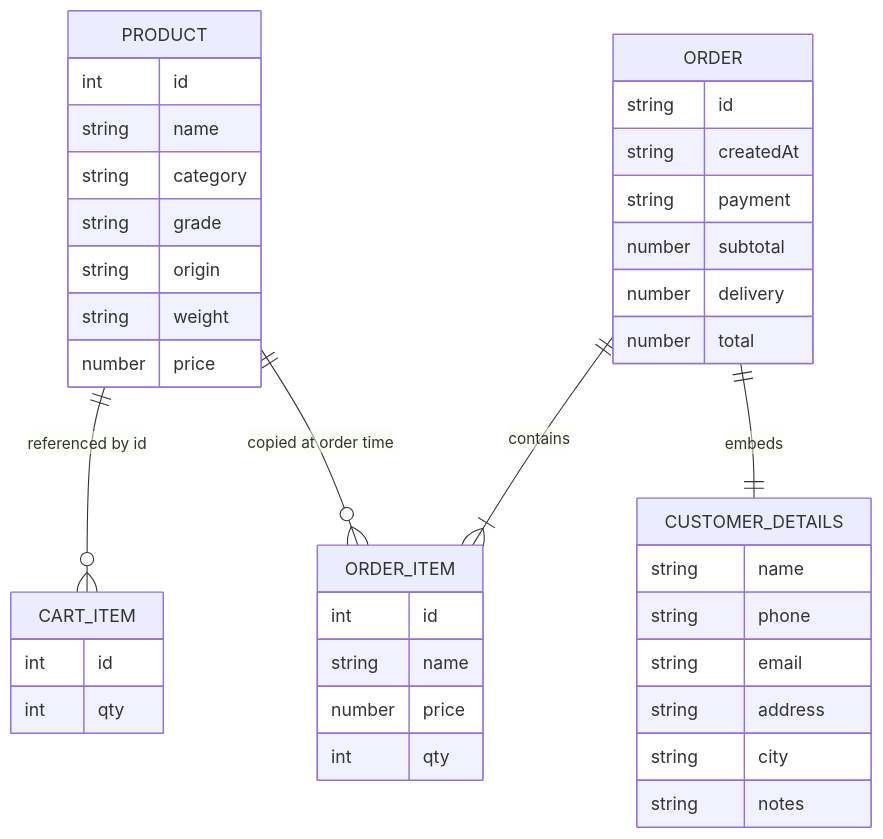
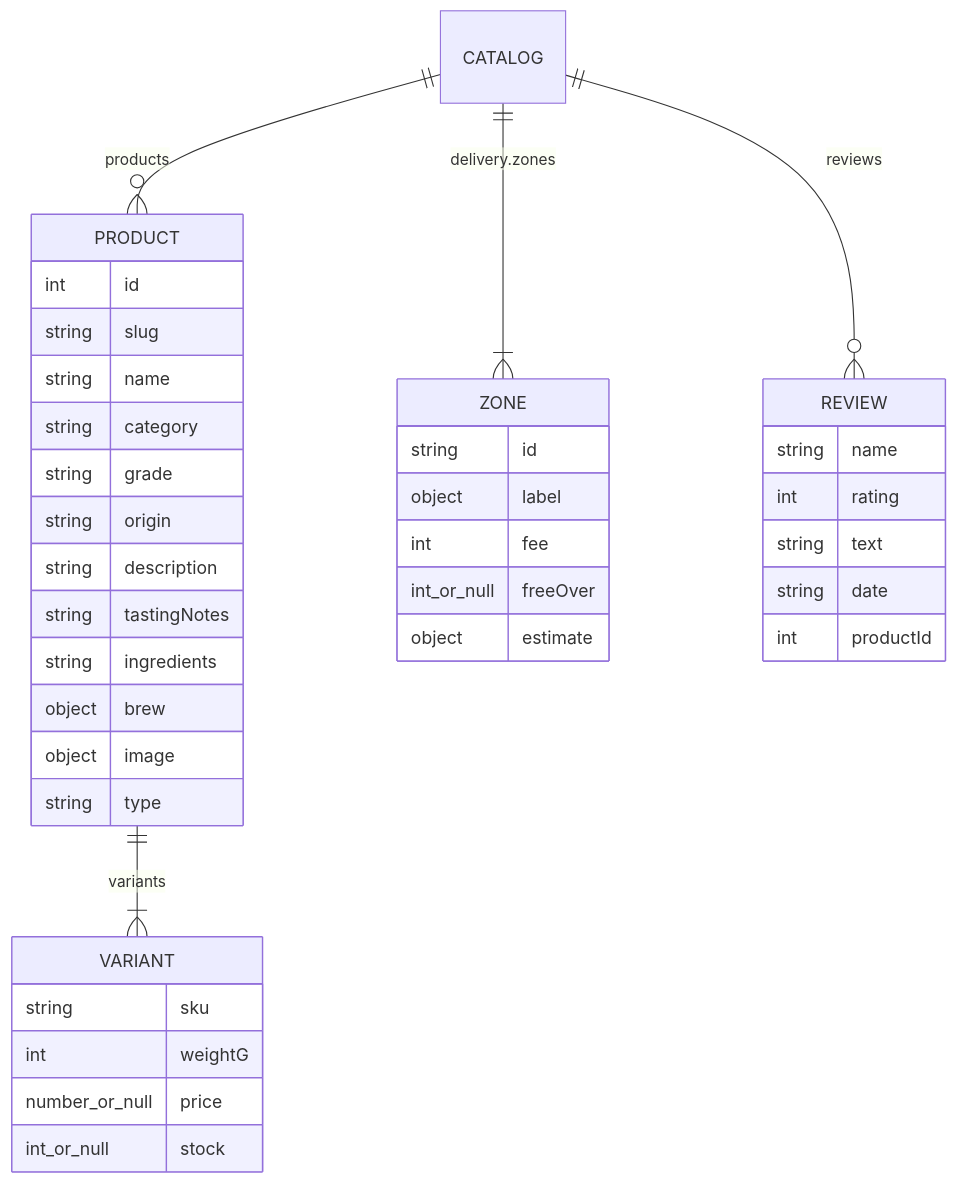
The diagram in DATABASE.md (Sanjidmolik/Tea_shop), drawn with Mermaid before and after one commit. The commit also changed other lines of this file and 58 other files, not shown here.

````diff
--- a/DATABASE.md
+++ b/DATABASE.md
@@ -108,12 +18,11 @@
 ```mermaid
 erDiagram
-  PRODUCT ||--o{ CART_ITEM : "referenced by id"
-  PRODUCT ||--o{ ORDER_ITEM : "copied at order time"
-  ORDER ||--|{ ORDER_ITEM : contains
-  ORDER ||--|| CUSTOMER_DETAILS : embeds
-  PRODUCT { int id string name string category string grade string origin string weight number price }
-  CART_ITEM { int id int qty }
-  ORDER { string id string createdAt string payment number subtotal number delivery number total }
-  ORDER_ITEM { int id string name number price int qty }
-  CUSTOMER_DETAILS { string name string phone string email string address string city string notes }
+  CATALOG ||--o{ PRODUCT : products
+  CATALOG ||--|{ ZONE : "delivery.zones"
+  CATALOG ||--o{ REVIEW : reviews
+  PRODUCT ||--|{ VARIANT : variants
+  PRODUCT { int id string slug string name string category string grade string origin string description string tastingNotes string ingredients object brew object image string type }
+  VARIANT { string sku int weightG number_or_null price int_or_null stock }
+  ZONE { string id object label int fee int_or_null freeOver object estimate }
+  REVIEW { string name int rating string text string date int productId }
 ```
````
